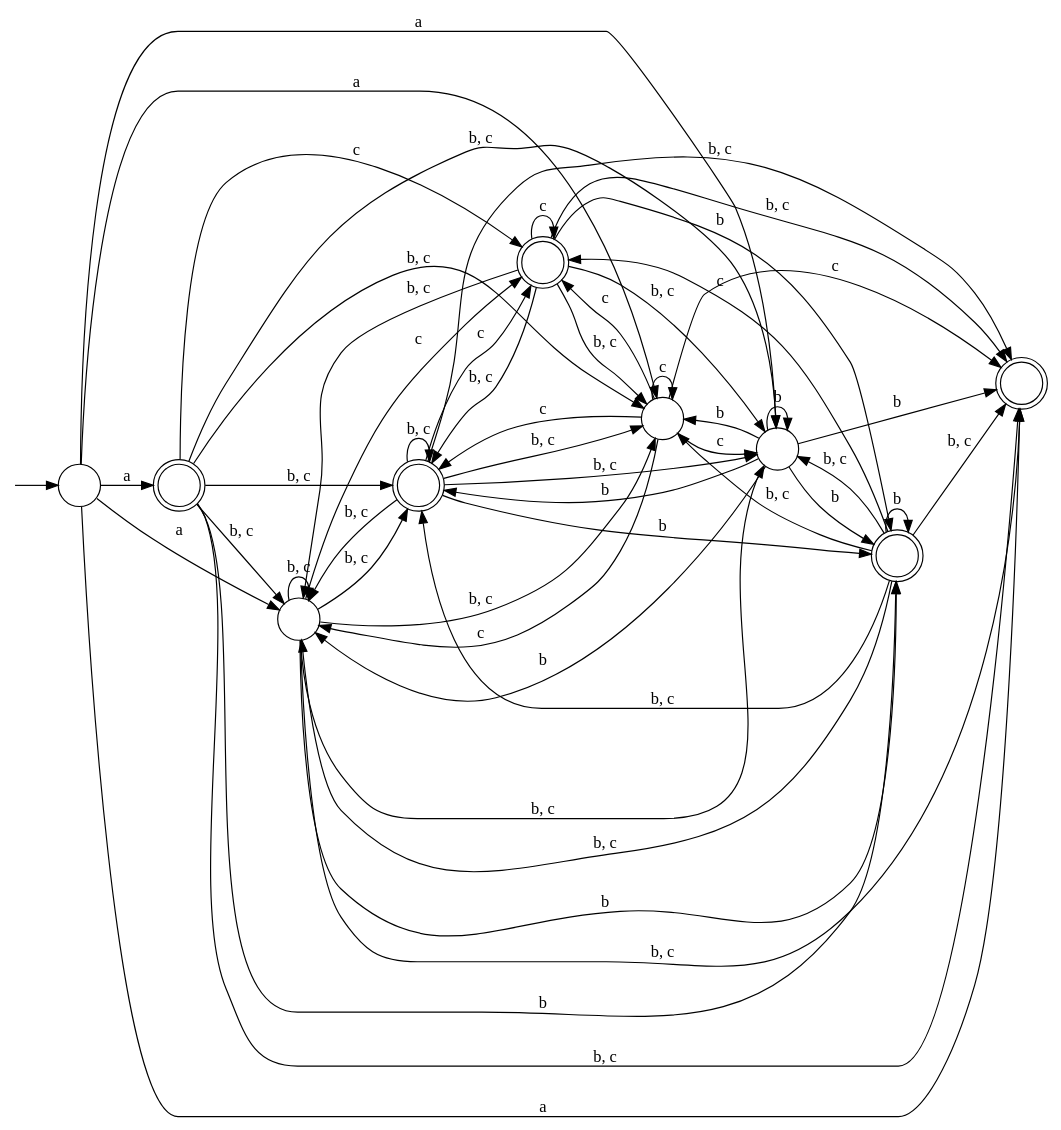
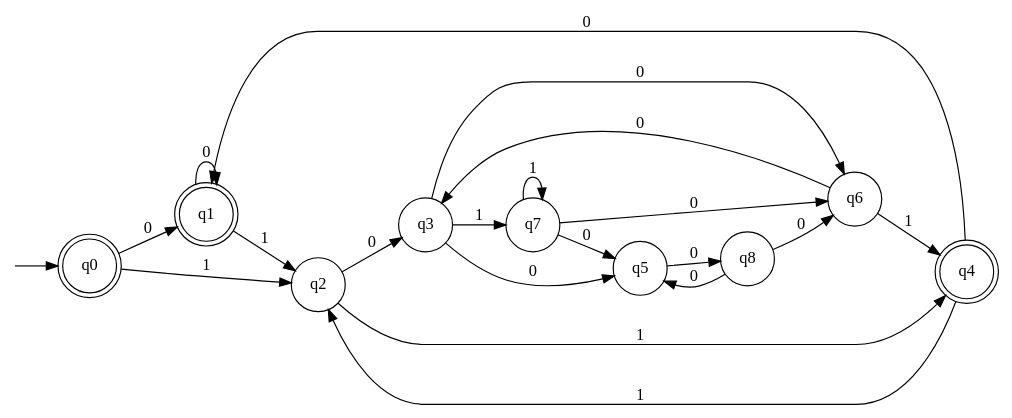
One commit to water-mizuu/finite_automata_conversion changed the diagram in nfa.dot. Above: the diagram before and after it, drawn with Graphviz. The commit also changed 10 other files, not shown here.

```diff
--- a/nfa.dot
+++ b/nfa.dot
@@ -1,66 +1,33 @@
 digraph G {
   rankdir=LR;
   n__ [label="" shape=none width=.0];
-  0 [shape=circle label=""]
-  2 [shape=doublecircle label=""]
-  3 [shape=doublecircle label=""]
-  4 [shape=circle label=""]
-  5 [shape=doublecircle label=""]
-  6 [shape=circle label=""]
-  7 [shape=doublecircle label=""]
-  8 [shape=circle label=""]
-  9 [shape=doublecircle label=""]
+  0 [shape=doublecircle label="q0"]
+  1 [shape=doublecircle label="q1"]
+  2 [shape=circle label="q2"]
+  3 [shape=circle label="q3"]
+  4 [shape=circle label="q7"]
+  5 [shape=circle label="q5"]
+  6 [shape=circle label="q8"]
+  7 [shape=circle label="q6"]
+  8 [shape=doublecircle label="q4"]
   n__ -> 0;
-  0 -> 2 [label="a"]
-  0 -> 4 [label="a"]
-  0 -> 3 [label="a"]
-  0 -> 6 [label="a"]
-  0 -> 8 [label="a"]
-  2 -> 7 [label="b"]
-  2 -> 5 [label="b, c"]
-  2 -> 4 [label="b, c"]
-  2 -> 3 [label="b, c"]
-  2 -> 6 [label="b, c"]
-  2 -> 8 [label="b, c"]
-  4 -> 7 [label="b"]
-  4 -> 5 [label="b, c"]
-  4 -> 4 [label="b, c"]
-  4 -> 3 [label="b, c"]
-  4 -> 6 [label="b, c"]
-  4 -> 8 [label="b, c"]
-  5 -> 7 [label="b"]
-  5 -> 5 [label="b, c"]
-  5 -> 4 [label="b, c"]
-  5 -> 3 [label="b, c"]
-  5 -> 6 [label="b, c"]
-  5 -> 8 [label="b, c"]
-  6 -> 7 [label="b"]
-  6 -> 5 [label="b"]
-  6 -> 4 [label="b"]
-  6 -> 3 [label="b"]
-  6 -> 6 [label="b"]
-  6 -> 8 [label="b"]
-  7 -> 7 [label="b"]
-  7 -> 5 [label="b, c"]
-  7 -> 4 [label="b, c"]
-  7 -> 3 [label="b, c"]
-  7 -> 6 [label="b, c"]
-  7 -> 8 [label="b, c"]
-  9 -> 7 [label="b"]
-  9 -> 5 [label="b, c"]
-  9 -> 4 [label="b, c"]
-  9 -> 3 [label="b, c"]
-  9 -> 6 [label="b, c"]
-  9 -> 8 [label="b, c"]
-  2 -> 9 [label="c"]
-  4 -> 9 [label="c"]
-  5 -> 9 [label="c"]
-  7 -> 9 [label="c"]
-  8 -> 9 [label="c"]
-  8 -> 5 [label="c"]
-  8 -> 4 [label="c"]
-  8 -> 3 [label="c"]
-  8 -> 6 [label="c"]
-  8 -> 8 [label="c"]
-  9 -> 9 [label="c"]
+  0 -> 1 [label="0"]
+  1 -> 1 [label="0"]
+  2 -> 3 [label="0"]
+  3 -> 5 [label="0"]
+  3 -> 7 [label="0"]
+  4 -> 5 [label="0"]
+  4 -> 7 [label="0"]
+  5 -> 6 [label="0"]
+  6 -> 5 [label="0"]
+  6 -> 7 [label="0"]
+  7 -> 3 [label="0"]
+  8 -> 1 [label="0"]
+  0 -> 2 [label="1"]
+  1 -> 2 [label="1"]
+  2 -> 8 [label="1"]
+  3 -> 4 [label="1"]
+  4 -> 4 [label="1"]
+  7 -> 8 [label="1"]
+  8 -> 2 [label="1"]
 }
```
